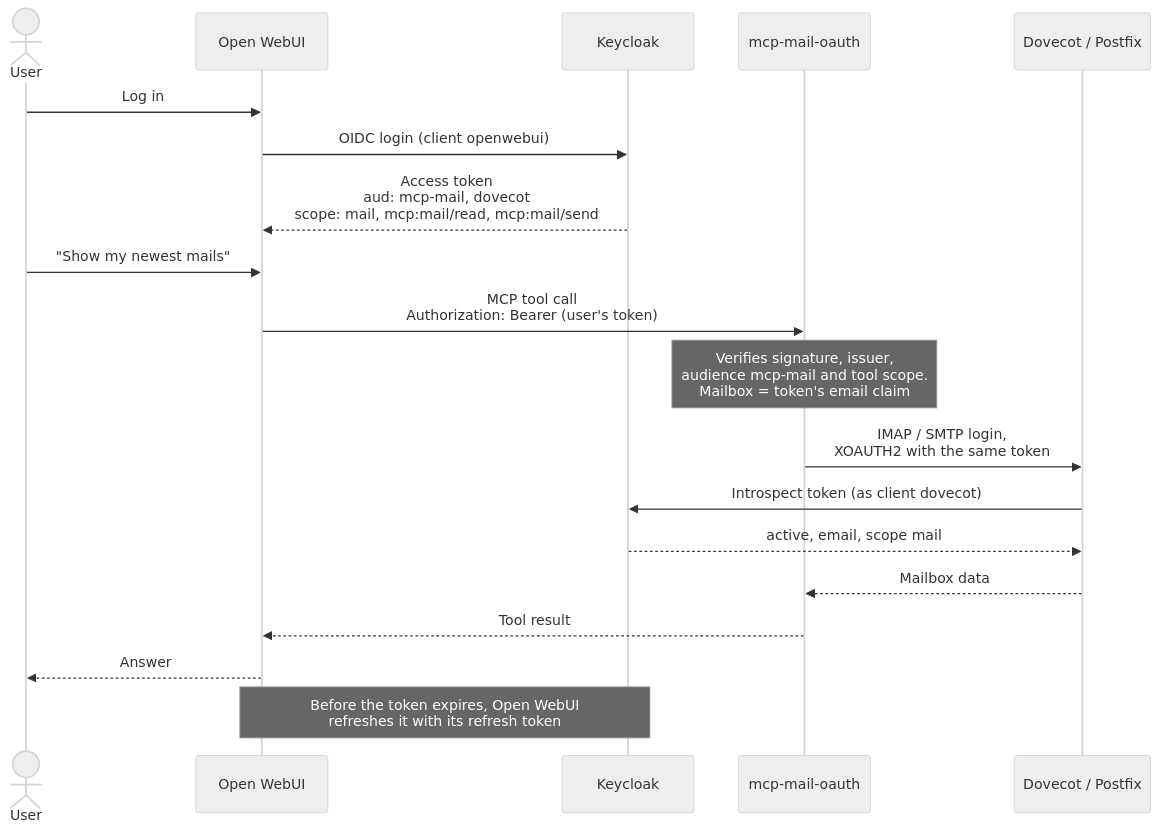
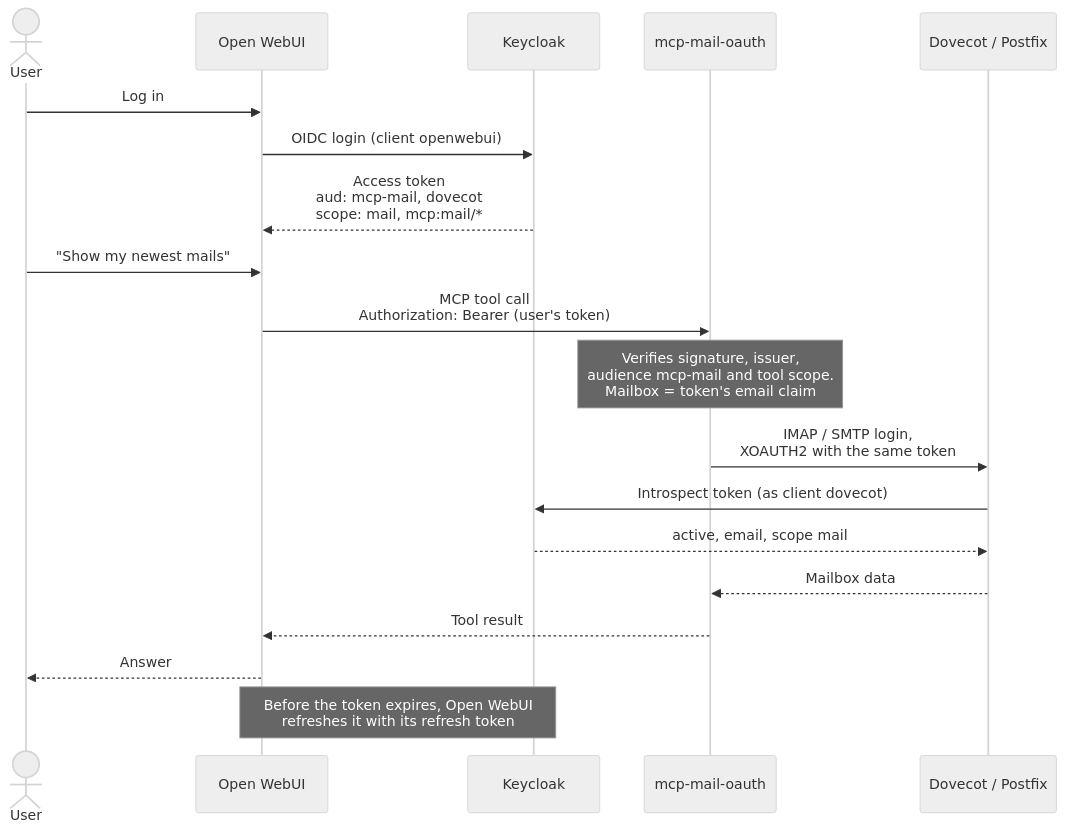
The first of 2 diagrams in README.md (linuxrrze/mcp-mail-oauth), drawn with Mermaid (neutral theme) before and after one commit. The commit also changed other lines of this file and 22 other files, not shown here.

````diff
--- a/README.md
+++ b/README.md
@@ -16,24 +16,24 @@
 ```mermaid
 sequenceDiagram
     actor U as User
     participant OW as Open WebUI
     participant KC as Keycloak
     participant MCP as mcp-mail-oauth
     participant MS as Dovecot / Postfix
 
     U->>OW: Log in
     OW->>KC: OIDC login (client openwebui)
-    KC-->>OW: Access token<br/>aud: mcp-mail, dovecot<br/>scope: mail, mcp:mail/read, mcp:mail/send
+    KC-->>OW: Access token<br/>aud: mcp-mail, dovecot<br/>scope: mail, mcp:mail/*
 
     U->>OW: "Show my newest mails"
     OW->>MCP: MCP tool call<br/>Authorization: Bearer (user's token)
     Note over MCP: Verifies signature, issuer,<br/>audience mcp-mail and tool scope.<br/>Mailbox = token's email claim
     MCP->>MS: IMAP / SMTP login,<br/>XOAUTH2 with the same token
     MS->>KC: Introspect token (as client dovecot)
     KC-->>MS: active, email, scope mail
     MS-->>MCP: Mailbox data
     MCP-->>OW: Tool result
     OW-->>U: Answer
 
     Note over OW,KC: Before the token expires, Open WebUI<br/>refreshes it with its refresh token
 ```
````
